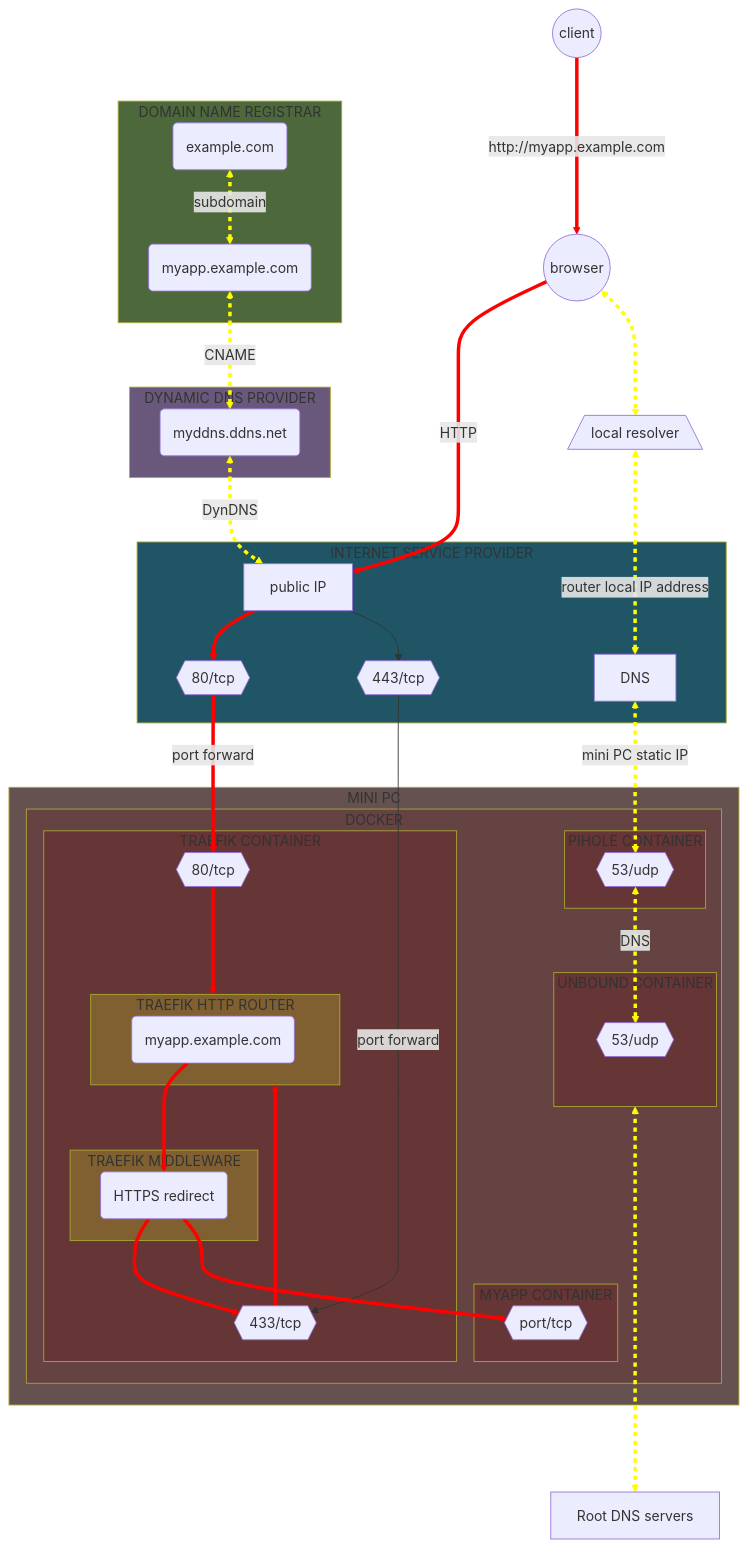
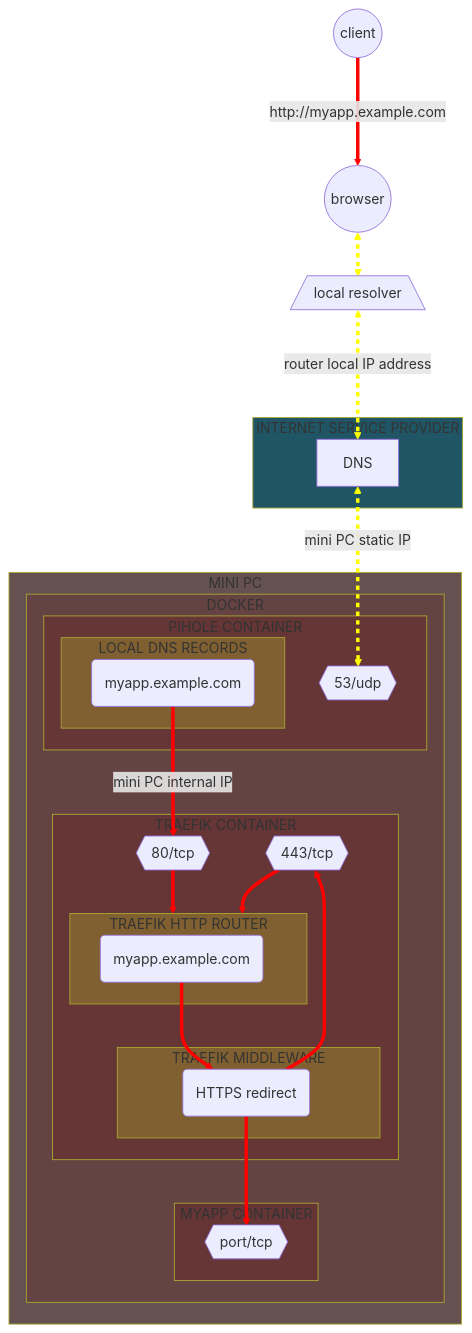
Before and after one commit to Yann39/self-hosted-n100: the seventh of 17 diagrams in README.md, drawn with Mermaid. The commit also changed other lines of this file and 2 other files, not shown here.

Commit message:
updated diagrams to reflect last changes + updated homer config to add crowdsec

````diff
--- a/README.md
+++ b/README.md
@@ -1899,45 +1918,24 @@
 ```mermaid
 flowchart TB
-    style HOSTING_PROVIDER fill: #4d683b
-    style DDNS_PROVIDER fill: #69587b
     style INTERNET_SERVICE_PROVIDER fill: #205566
     style SERVER_DEVICE fill: #665151
     style CONTAINER_ENGINE fill: #664343
     style TRAEFIK_CONTAINER fill: #663535
     style PIHOLE_CONTAINER fill: #663535
-    style UNBOUND_CONTAINER fill: #663535
     style MYAPP_CONTAINER fill: #663535
+    style PIHOLE_DNS_RECORDS fill: #806030
     style TRAEFIK_ROUTER fill: #806030
     style TRAEFIK_MIDDLEWARE fill: #806030
-    DOMAIN(example.com)
-    SUBDOMAIN_MYAPP(myapp.example.com)
-    DDNS(myddns.ddns.net)
-    ROUTER_PUBLIC_IP[public IP]
-    ROUTER_PORT80{{80/tcp}}
-    ROUTER_PORT443{{443/tcp}}
     ROUTER_DNS[DNS]
     DOCKER_PIHOLE_PORT53{{53/udp}}
-    DOCKER_TRAEFIK_PORT443{{433/tcp}}
+    DOCKER_TRAEFIK_PORT443{{443/tcp}}
     DOCKER_TRAEFIK_PORT80{{80/tcp}}
     DOCKER_MYAPP_PORT{{port/tcp}}
-    DOCKER_UNBOUND_PORT53{{53/udp}}
     TRAEFIK_ROUTER_MYAPP(myapp.example.com)
     TRAEFIK_MIDDLEWARE_REDIRECT(HTTPS redirect)
-    ROOT_DNS_SERVERS[Root DNS servers]
-
-    subgraph HOSTING_PROVIDER[DOMAIN NAME REGISTRAR]
-        DOMAIN
-        SUBDOMAIN_MYAPP
-    end
-
-    subgraph DDNS_PROVIDER[DYNAMIC DNS PROVIDER]
-        DDNS
-    end
+    PIHOLE_DNS_MYAPP(myapp.example.com)
 
     subgraph INTERNET_SERVICE_PROVIDER[INTERNET SERVICE PROVIDER]
-        ROUTER_PUBLIC_IP
-        ROUTER_PORT80
-        ROUTER_PORT443
         ROUTER_DNS
     end
 
@@ -1947,12 +1945,11 @@
                 DOCKER_MYAPP_PORT
             end
 
-            subgraph UNBOUND_CONTAINER[UNBOUND CONTAINER]
-                DOCKER_UNBOUND_PORT53
-            end
-
             subgraph PIHOLE_CONTAINER[PIHOLE CONTAINER]
                 DOCKER_PIHOLE_PORT53
+                subgraph PIHOLE_DNS_RECORDS[LOCAL DNS RECORDS]
+                    PIHOLE_DNS_MYAPP
+                end
             end
 
             subgraph TRAEFIK_CONTAINER[TRAEFIK CONTAINER]
@@ -1973,39 +1970,23 @@
     end
 
     CLIENT((client)) --->|" http://myapp.example.com "| BROWSER
-    BROWSER((browser)) -->|HTTP| ROUTER_PUBLIC_IP
-    DOMAIN <-->|subdomain| SUBDOMAIN_MYAPP
-    SUBDOMAIN_MYAPP <-->|CNAME| DDNS
-    DDNS <-->|DynDNS| ROUTER_PUBLIC_IP
-    ROUTER_PUBLIC_IP --> ROUTER_PORT80
-    ROUTER_PUBLIC_IP --> ROUTER_PORT443
-    ROUTER_PORT443 -->|port forward| DOCKER_TRAEFIK_PORT443
-    ROUTER_PORT80 -->|port forward| DOCKER_TRAEFIK_PORT80
+    BROWSER((browser)) <--> LOCAL_DNS_RESOLVER[/local resolver\]
+    LOCAL_DNS_RESOLVER <--->|router local IP address| ROUTER_DNS
+    ROUTER_DNS <-->|mini PC static IP| DOCKER_PIHOLE_PORT53
+    PIHOLE_DNS_MYAPP -->|mini PC internal IP| DOCKER_TRAEFIK_PORT80
+    DOCKER_TRAEFIK_PORT80 --> TRAEFIK_ROUTER
     DOCKER_TRAEFIK_PORT443 --> TRAEFIK_ROUTER
-    DOCKER_TRAEFIK_PORT80 --> TRAEFIK_ROUTER
     TRAEFIK_ROUTER_MYAPP --> TRAEFIK_MIDDLEWARE_REDIRECT
     TRAEFIK_MIDDLEWARE_REDIRECT --> DOCKER_TRAEFIK_PORT443
     TRAEFIK_MIDDLEWARE_REDIRECT --> DOCKER_MYAPP_PORT
-    BROWSER((browser)) <--> LOCAL_DNS_RESOLVER[/local resolver\]
-    LOCAL_DNS_RESOLVER <--->|router local IP address| ROUTER_DNS
-    ROUTER_DNS <-->|mini PC static IP| DOCKER_PIHOLE_PORT53
-    DOCKER_PIHOLE_PORT53 <-->|DNS| DOCKER_UNBOUND_PORT53
-    UNBOUND_CONTAINER <-----> ROOT_DNS_SERVERS
     linkStyle 0 stroke-width: 4px, stroke: red
-    linkStyle 1 stroke-width: 4px, stroke: red
+    linkStyle 1 stroke-width: 4px, stroke: yellow, stroke-dasharray: 5
     linkStyle 2 stroke-width: 4px, stroke: yellow, stroke-dasharray: 5
     linkStyle 3 stroke-width: 4px, stroke: yellow, stroke-dasharray: 5
-    linkStyle 4 stroke-width: 4px, stroke: yellow, stroke-dasharray: 5
+    linkStyle 4 stroke-width: 4px, stroke: red
     linkStyle 5 stroke-width: 4px, stroke: red
+    linkStyle 6 stroke-width: 4px, stroke: red
+    linkStyle 7 stroke-width: 4px, stroke: red
     linkStyle 8 stroke-width: 4px, stroke: red
     linkStyle 9 stroke-width: 4px, stroke: red
-    linkStyle 10 stroke-width: 4px, stroke: red
-    linkStyle 11 stroke-width: 4px, stroke: red
-    linkStyle 12 stroke-width: 4px, stroke: red
-    linkStyle 13 stroke-width: 4px, stroke: red
-    linkStyle 14 stroke-width: 4px, stroke: yellow, stroke-dasharray: 5
-    linkStyle 15 stroke-width: 4px, stroke: yellow, stroke-dasharray: 5
-    linkStyle 16 stroke-width: 4px, stroke: yellow, stroke-dasharray: 5
-    linkStyle 17 stroke-width: 4px, stroke: yellow, stroke-dasharray: 5
-    linkStyle 18 stroke-width: 4px, stroke: yellow, stroke-dasharray: 5
 ```
````
